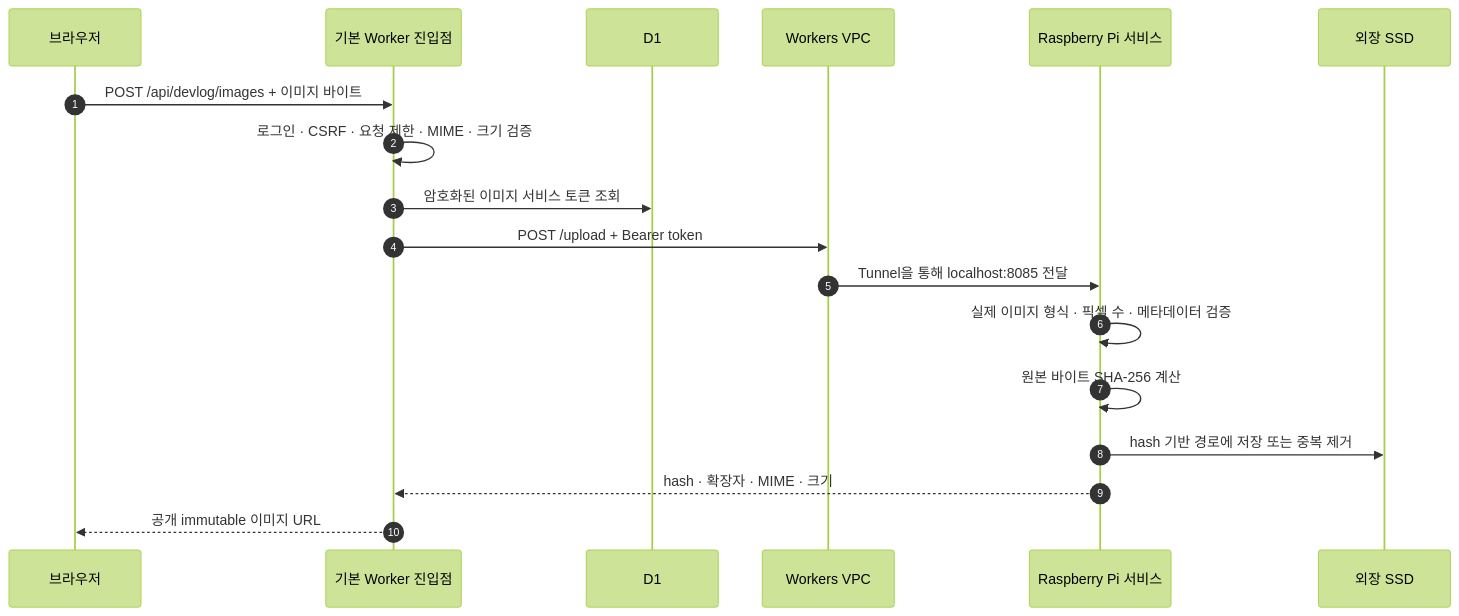
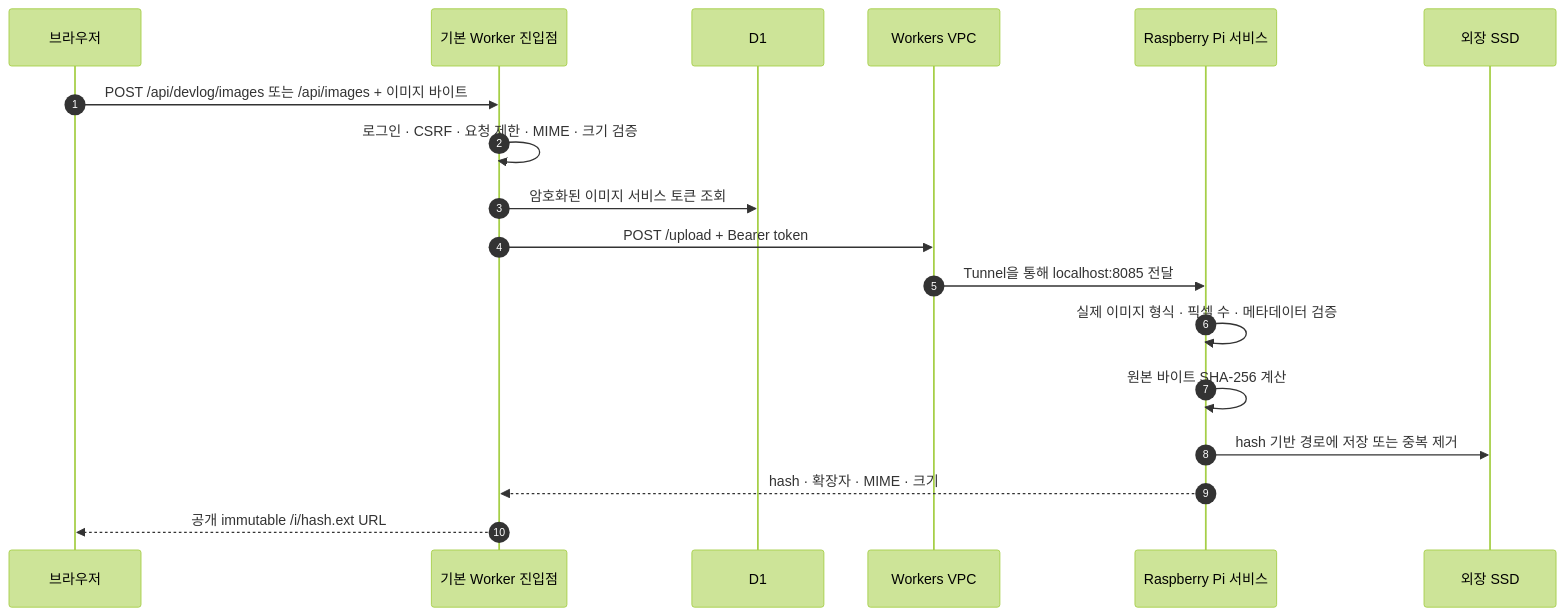
One commit to Nanjang/codexboard changed the second of 3 diagrams in docs/IMAGE_ATTACHMENT_SERVICE_ARCHITECTURE.md. Above: the diagram before and after it, drawn with Mermaid (forest theme). The commit also changed other lines of this file, not shown here.

Commit message:
docs: align image architecture with unified route

````diff
--- a/docs/IMAGE_ATTACHMENT_SERVICE_ARCHITECTURE.md
+++ b/docs/IMAGE_ATTACHMENT_SERVICE_ARCHITECTURE.md
@@ -47,21 +47,21 @@
 ```mermaid
 sequenceDiagram
     autonumber
     participant B as 브라우저
     participant W as 기본 Worker 진입점
     participant D as D1
     participant V as Workers VPC
     participant P as Raspberry Pi 서비스
     participant S as 외장 SSD
 
-    B->>W: POST /api/devlog/images + 이미지 바이트
+    B->>W: POST /api/devlog/images 또는 /api/images + 이미지 바이트
     W->>W: 로그인 · CSRF · 요청 제한 · MIME · 크기 검증
     W->>D: 암호화된 이미지 서비스 토큰 조회
     W->>V: POST /upload + Bearer token
     V->>P: Tunnel을 통해 localhost:8085 전달
     P->>P: 실제 이미지 형식 · 픽셀 수 · 메타데이터 검증
     P->>P: 원본 바이트 SHA-256 계산
     P->>S: hash 기반 경로에 저장 또는 중복 제거
     P-->>W: hash · 확장자 · MIME · 크기
-    W-->>B: 공개 immutable 이미지 URL
+    W-->>B: 공개 immutable /i/hash.ext URL
 ```
````
